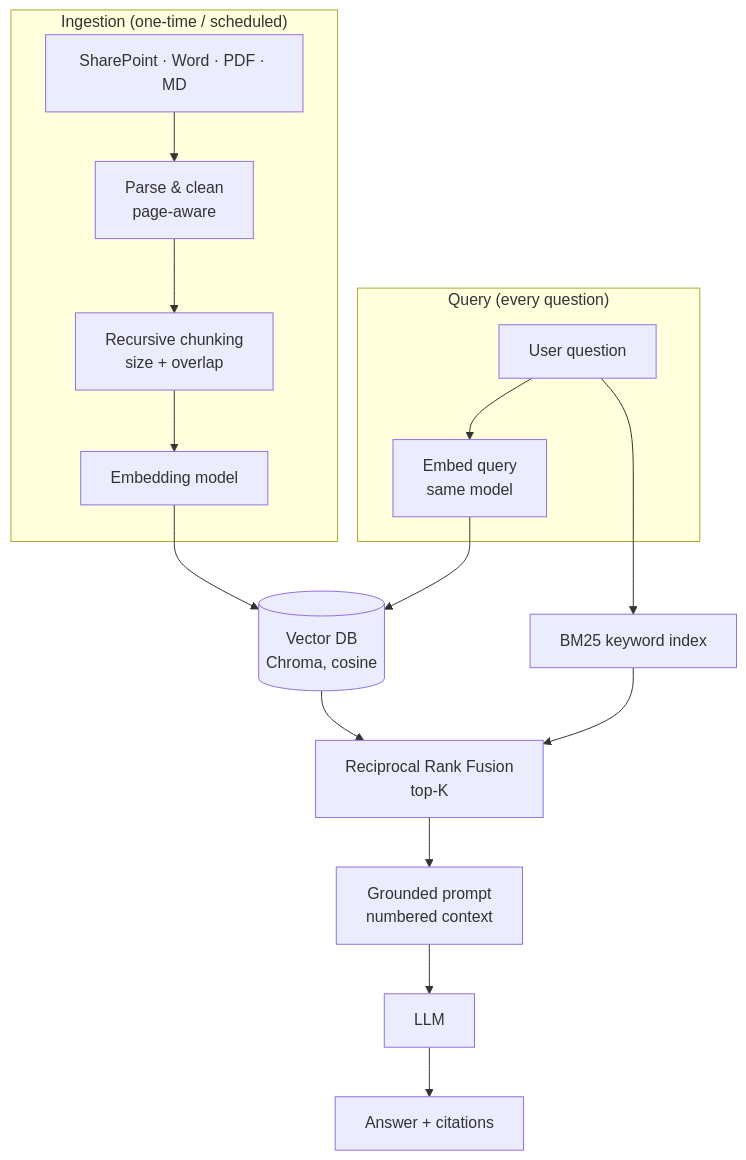
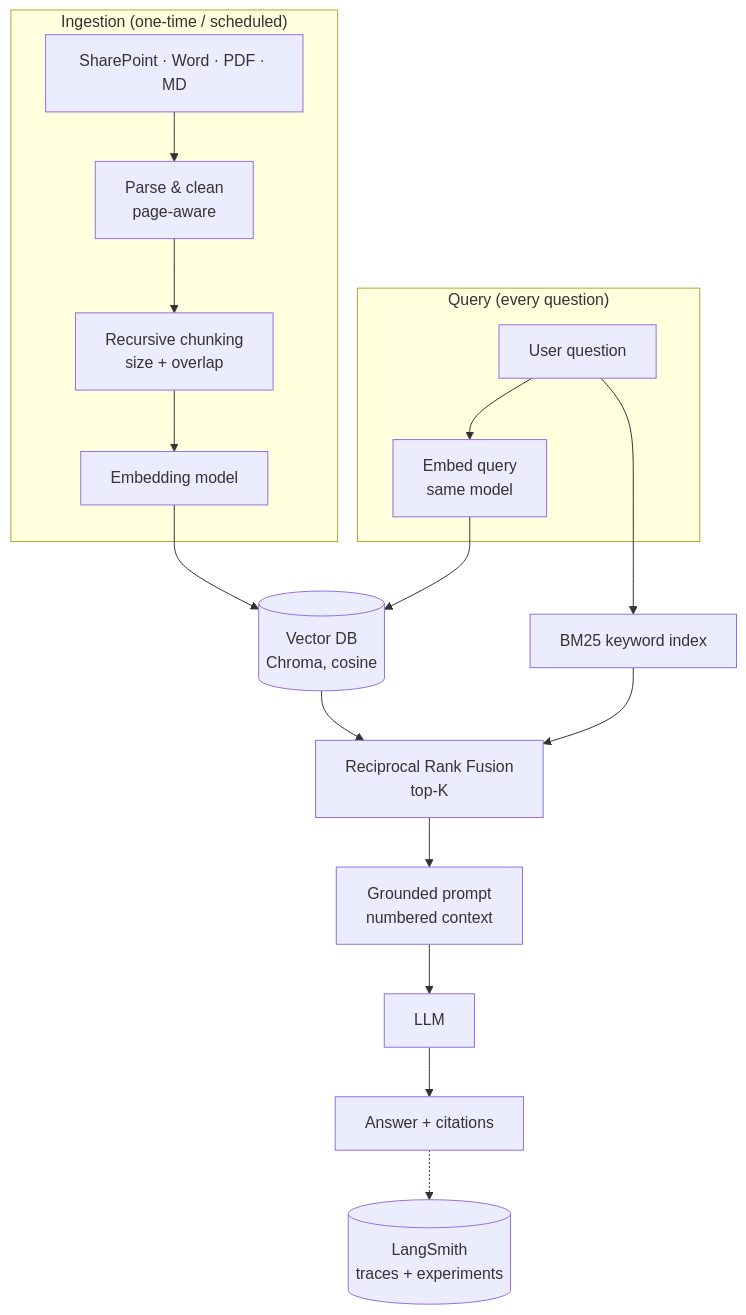
One commit to sureshmanem/enterprise-rag-reference changed the diagram in README.md. Above: the diagram before and after it, drawn with Mermaid. The commit also changed other lines of this file and 1 other file, not shown here.

````diff
--- a/README.md
+++ b/README.md
@@ -11,19 +18,20 @@
 ```mermaid
 flowchart TB
     subgraph Ingestion["Ingestion (one-time / scheduled)"]
         A[SharePoint · Word · PDF · MD] --> B[Parse & clean<br/>page-aware]
         B --> C[Recursive chunking<br/>size + overlap]
         C --> D[Embedding model]
     end
     subgraph Query["Query (every question)"]
         Q[User question] --> E[Embed query<br/>same model]
     end
     D --> V[(Vector DB<br/>Chroma, cosine)]
     E --> V
     Q --> K[BM25 keyword index]
     V --> F[Reciprocal Rank Fusion<br/>top-K]
     K --> F
     F --> P[Grounded prompt<br/>numbered context]
     P --> L[LLM]
     L --> R[Answer + citations]
+    R -.-> T[(LangSmith<br/>traces + experiments)]
 ```
````
